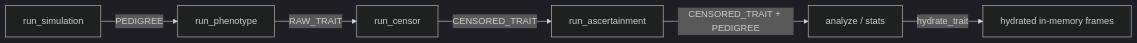
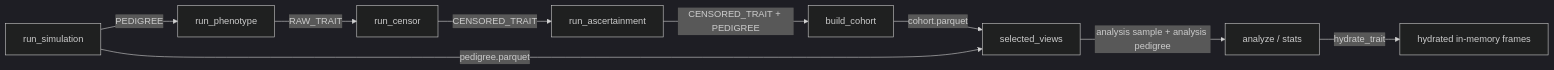
One commit to rwaples/simACE changed the diagram in docs/concepts/pipeline-schema.md. Above: the diagram before and after it, drawn with Mermaid (dark theme). The commit also changed other lines of this file and 23 other files, not shown here.

````diff
--- a/docs/concepts/pipeline-schema.md
+++ b/docs/concepts/pipeline-schema.md
@@ -71,8 +93,11 @@
 ```mermaid
 flowchart LR
     sim[run_simulation] -- PEDIGREE --> phen[run_phenotype]
     phen -- RAW_TRAIT --> cen[run_censor]
     cen -- CENSORED_TRAIT --> asc[run_ascertainment]
-    asc -- CENSORED_TRAIT + PEDIGREE --> ana[analyze / stats]
+    asc -- CENSORED_TRAIT + PEDIGREE --> coh[build_cohort]
+    coh -- cohort.parquet --> sv[selected_views]
+    sim -- pedigree.parquet --> sv
+    sv -- analysis sample + analysis pedigree --> ana[analyze / stats]
     ana -- hydrate_trait --> hyd[hydrated in-memory frames]
 ```
````
